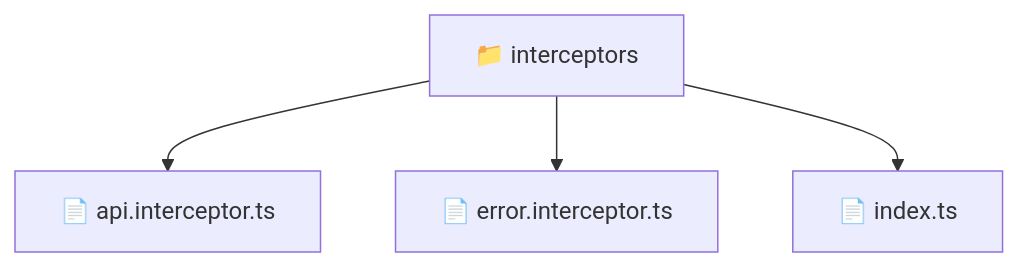
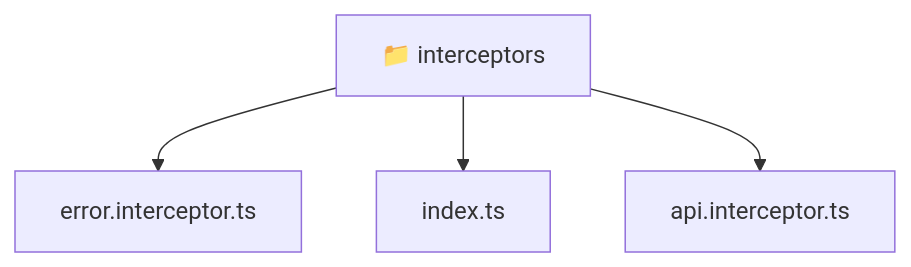
Before and after one commit to beginwebdev2002/fullstack-mavluda: the diagram in frontend/src/core/interceptors/README.md, drawn with Mermaid. The commit also changed other lines of this file and 167 other files, not shown here.

````diff
--- a/frontend/src/core/interceptors/README.md
+++ b/frontend/src/core/interceptors/README.md
@@ -9,7 +9,10 @@
 ```mermaid
 graph TD
-  Root["📁 interceptors"]
-  Root --> api_interceptor_ts["📄 api.interceptor.ts"]
-  Root --> error_interceptor_ts["📄 error.interceptor.ts"]
-  Root --> index_ts["📄 index.ts"]
+  Root_interceptors["📁 interceptors"]
+  f_error_interceptor_ts["error.interceptor.ts"]
+  Root_interceptors --> f_error_interceptor_ts
+  f_index_ts["index.ts"]
+  Root_interceptors --> f_index_ts
+  f_api_interceptor_ts["api.interceptor.ts"]
+  Root_interceptors --> f_api_interceptor_ts
 ```
````
